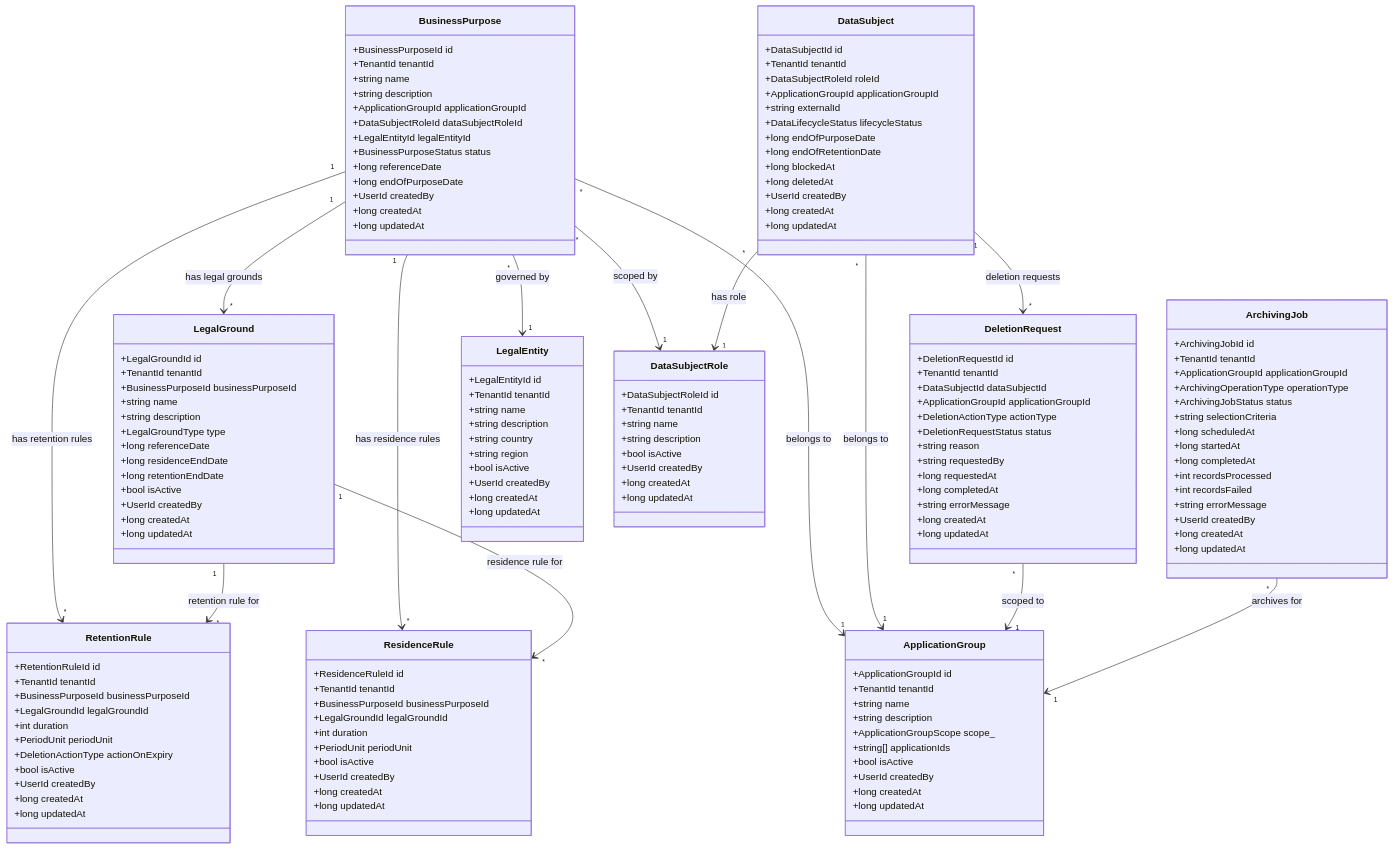
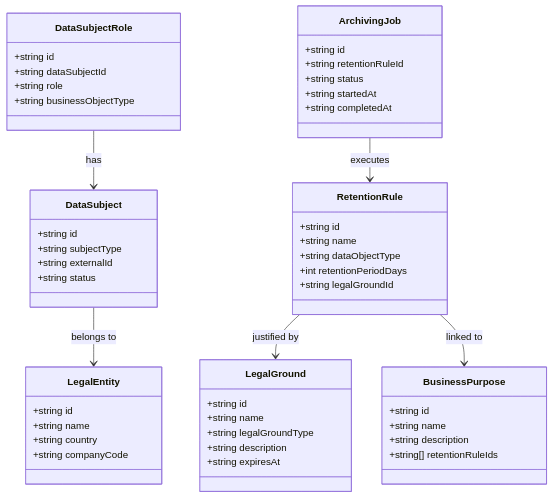
The first of 3 diagrams in data-retention/UML.md (UIMSolutions/uim-platform), drawn with Mermaid before and after one commit. The commit also changed other lines of this file and 128 other files, not shown here.

Commit message:
Refactor UML documentation for Task Center and Transport services; streamline class diagrams, sequence diagrams, and component diagrams for clarity and consistency. Update NAFv4 architecture description to enhance structure and readability. Adjust container module imports for better organization.

````diff
--- a/data-retention/UML.md
+++ b/data-retention/UML.md
@@ -5,162 +5,54 @@
 ```mermaid
 classDiagram
+    class RetentionRule {
+        +string id
+        +string name
+        +string dataObjectType
+        +int retentionPeriodDays
+        +string legalGroundId
+    }
+    class LegalGround {
+        +string id
+        +string name
+        +string legalGroundType
+        +string description
+        +string expiresAt
+    }
     class BusinessPurpose {
-        +BusinessPurposeId id
-        +TenantId tenantId
+        +string id
         +string name
         +string description
-        +ApplicationGroupId applicationGroupId
-        +DataSubjectRoleId dataSubjectRoleId
-        +LegalEntityId legalEntityId
-        +BusinessPurposeStatus status
-        +long referenceDate
-        +long endOfPurposeDate
-        +UserId createdBy
-        +long createdAt
-        +long updatedAt
+        +string[] retentionRuleIds
+    }
+    class DataSubject {
+        +string id
+        +string subjectType
+        +string externalId
+        +string status
+    }
+    class DataSubjectRole {
+        +string id
+        +string dataSubjectId
+        +string role
+        +string businessObjectType
+    }
+    class LegalEntity {
+        +string id
+        +string name
+        +string country
+        +string companyCode
+    }
+    class ArchivingJob {
+        +string id
+        +string retentionRuleId
+        +string status
+        +string startedAt
+        +string completedAt
     }
 
-    class LegalGround {
-        +LegalGroundId id
-        +TenantId tenantId
-        +BusinessPurposeId businessPurposeId
-        +string name
-        +string description
-        +LegalGroundType type
-        +long referenceDate
-        +long residenceEndDate
-        +long retentionEndDate
-        +bool isActive
-        +UserId createdBy
-        +long createdAt
-        +long updatedAt
-    }
-
-    class RetentionRule {
-        +RetentionRuleId id
-        +TenantId tenantId
-        +BusinessPurposeId businessPurposeId
-        +LegalGroundId legalGroundId
-        +int duration
-        +PeriodUnit periodUnit
-        +DeletionActionType actionOnExpiry
-        +bool isActive
-        +UserId createdBy
-        +long createdAt
-        +long updatedAt
-    }
-
-    class ResidenceRule {
-        +ResidenceRuleId id
-        +TenantId tenantId
-        +BusinessPurposeId businessPurposeId
-        +LegalGroundId legalGroundId
-        +int duration
-        +PeriodUnit periodUnit
-        +bool isActive
-        +UserId createdBy
-        +long createdAt
-        +long updatedAt
-    }
-
-    class DataSubject {
-        +DataSubjectId id
-        +TenantId tenantId
-        +DataSubjectRoleId roleId
-        +ApplicationGroupId applicationGroupId
-        +string externalId
-        +DataLifecycleStatus lifecycleStatus
-        +long endOfPurposeDate
-        +long endOfRetentionDate
-        +long blockedAt
-        +long deletedAt
-        +UserId createdBy
-        +long createdAt
-        +long updatedAt
-    }
-
-    class DeletionRequest {
-        +DeletionRequestId id
-        +TenantId tenantId
-        +DataSubjectId dataSubjectId
-        +ApplicationGroupId applicationGroupId
-        +DeletionActionType actionType
-        +DeletionRequestStatus status
-        +string reason
-        +string requestedBy
-        +long requestedAt
-        +long completedAt
-        +string errorMessage
-        +long createdAt
-        +long updatedAt
-    }
-
-    class ArchivingJob {
-        +ArchivingJobId id
-        +TenantId tenantId
-        +ApplicationGroupId applicationGroupId
-        +ArchivingOperationType operationType
-        +ArchivingJobStatus status
-        +string selectionCriteria
-        +long scheduledAt
-        +long startedAt
-        +long completedAt
-        +int recordsProcessed
-        +int recordsFailed
-        +string errorMessage
-        +UserId createdBy
-        +long createdAt
-        +long updatedAt
-    }
-
-    class ApplicationGroup {
-        +ApplicationGroupId id
-        +TenantId tenantId
-        +string name
-        +string description
-        +ApplicationGroupScope scope_
-        +string[] applicationIds
-        +bool isActive
-        +UserId createdBy
-        +long createdAt
-        +long updatedAt
-    }
-
-    class LegalEntity {
-        +LegalEntityId id
-        +TenantId tenantId
-        +string name
-        +string description
-        +string country
-        +string region
-        +bool isActive
-        +UserId createdBy
-        +long createdAt
-        +long updatedAt
-    }
-
-    class DataSubjectRole {
-        +DataSubjectRoleId id
-        +TenantId tenantId
-        +string name
-        +string description
-        +bool isActive
-        +UserId createdBy
-        +long createdAt
-        +long updatedAt
-    }
-
-    BusinessPurpose "1" --> "*" LegalGround : has legal grounds
-    BusinessPurpose "1" --> "*" RetentionRule : has retention rules
-    BusinessPurpose "1" --> "*" ResidenceRule : has residence rules
-    BusinessPurpose "*" --> "1" ApplicationGroup : belongs to
-    BusinessPurpose "*" --> "1" DataSubjectRole : scoped by
-    BusinessPurpose "*" --> "1" LegalEntity : governed by
-    LegalGround "1" --> "*" RetentionRule : retention rule for
-    LegalGround "1" --> "*" ResidenceRule : residence rule for
-    DataSubject "*" --> "1" DataSubjectRole : has role
-    DataSubject "*" --> "1" ApplicationGroup : belongs to
-    DataSubject "1" --> "*" DeletionRequest : deletion requests
-    DeletionRequest "*" --> "1" ApplicationGroup : scoped to
-    ArchivingJob "*" --> "1" ApplicationGroup : archives for
+    RetentionRule --> LegalGround : justified by
+    RetentionRule --> BusinessPurpose : linked to
+    DataSubjectRole --> DataSubject : has
+    ArchivingJob --> RetentionRule : executes
+    DataSubject --> LegalEntity : belongs to
 ```
````
